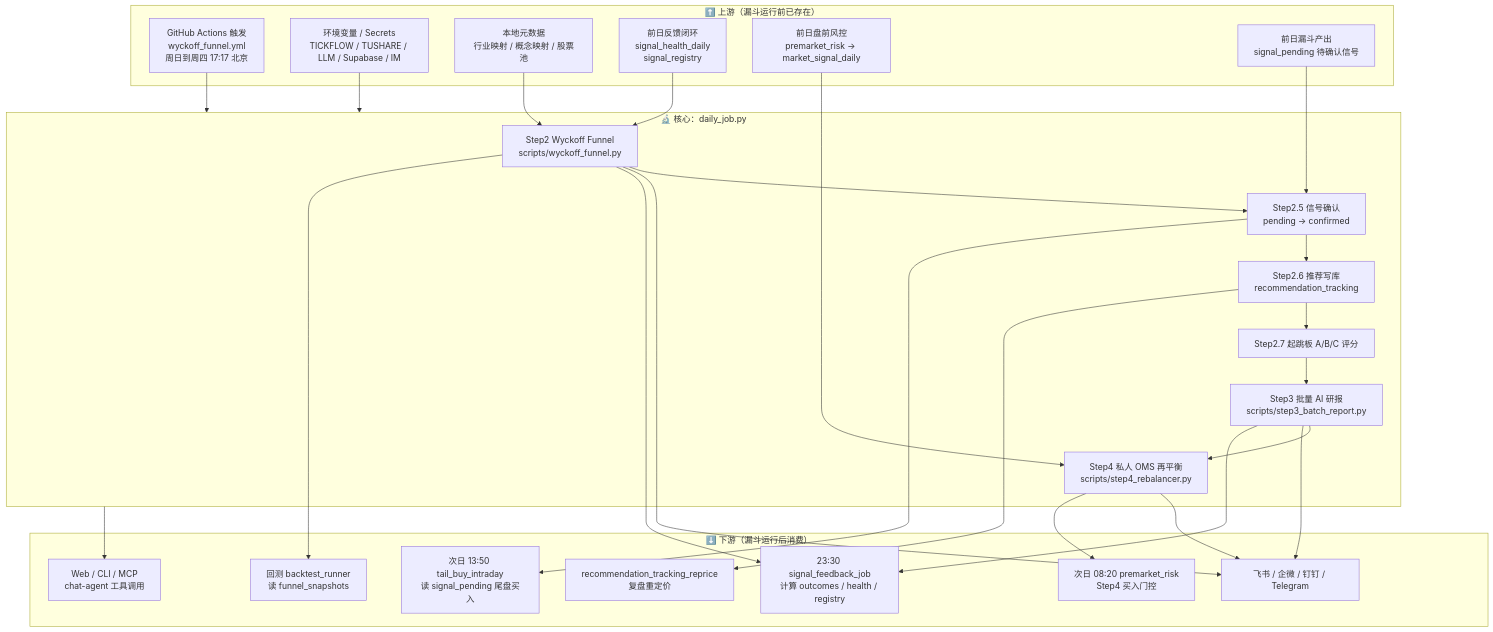
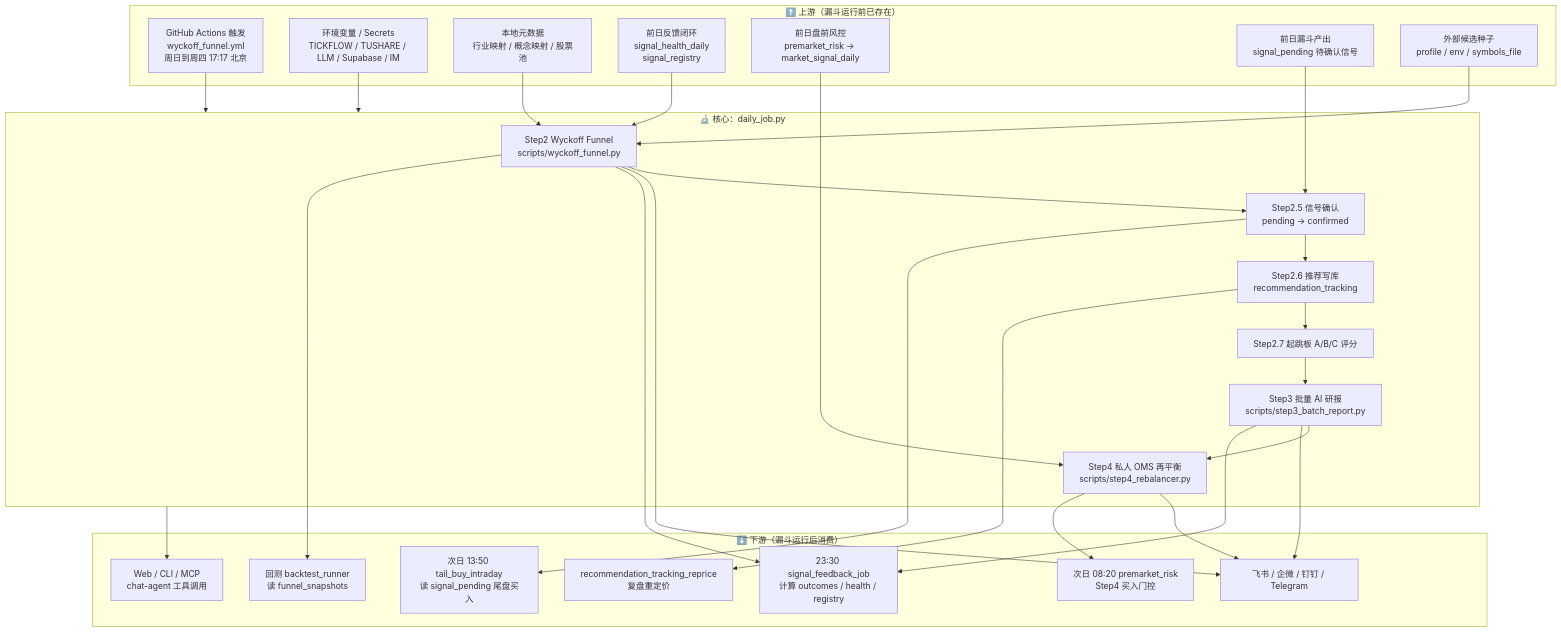
One commit to niyoh120/Wyckoff-Analysis changed the first of 7 diagrams in docs/A_SHARE_FUNNEL_FLOW.md. Above: the diagram before and after it, drawn with Mermaid. The commit also changed other lines of this file and 8 other files, not shown here.

````diff
--- a/docs/A_SHARE_FUNNEL_FLOW.md
+++ b/docs/A_SHARE_FUNNEL_FLOW.md
@@ -11,51 +11,53 @@
 ```mermaid
 flowchart TB
     subgraph UPSTREAM["⬆️ 上游（漏斗运行前已存在）"]
         U1["GitHub Actions 触发<br/>wyckoff_funnel.yml<br/>周日到周四 17:17 北京"]
         U2["环境变量 / Secrets<br/>TICKFLOW / TUSHARE / LLM / Supabase / IM"]
         U3["本地元数据<br/>行业映射 / 概念映射 / 股票池"]
         U4["前日反馈闭环<br/>signal_health_daily<br/>signal_registry"]
         U5["前日盘前风控<br/>premarket_risk → market_signal_daily"]
         U6["前日漏斗产出<br/>signal_pending 待确认信号"]
+        U7["外部候选种子<br/>profile / env / symbols_file"]
     end
 
     subgraph CORE["🔬 核心：daily_job.py"]
         S2["Step2 Wyckoff Funnel<br/>scripts/wyckoff_funnel.py"]
         S25["Step2.5 信号确认<br/>pending → confirmed"]
         S26["Step2.6 推荐写库<br/>recommendation_tracking"]
         S27["Step2.7 起跳板 A/B/C 评分"]
         S3["Step3 批量 AI 研报<br/>scripts/step3_batch_report.py"]
         S4["Step4 私人 OMS 再平衡<br/>scripts/step4_rebalancer.py"]
     end
 
     subgraph DOWNSTREAM["⬇️ 下游（漏斗运行后消费）"]
         D1["23:30 signal_feedback_job<br/>计算 outcomes / health / registry"]
         D2["次日 08:20 premarket_risk<br/>Step4 买入门控"]
         D3["次日 13:50 tail_buy_intraday<br/>读 signal_pending 尾盘买入"]
         D4["Web / CLI / MCP<br/>chat-agent 工具调用"]
         D5["回测 backtest_runner<br/>读 funnel_snapshots"]
         D6["recommendation_tracking_reprice<br/>复盘重定价"]
         D7["飞书 / 企微 / 钉钉 / Telegram"]
     end
 
     U1 --> CORE
     U2 --> CORE
     U3 --> S2
     U4 --> S2
     U5 --> S4
     U6 --> S25
+    U7 --> S2
 
     S2 --> S25 --> S26 --> S27 --> S3 --> S4
 
     S2 --> D7
     S3 --> D7
     S4 --> D7
 
     S2 --> D1
     S3 --> D1
     S4 --> D2
     S25 --> D3
     S26 --> D6
     S2 --> D5
     CORE --> D4
 ```
````
